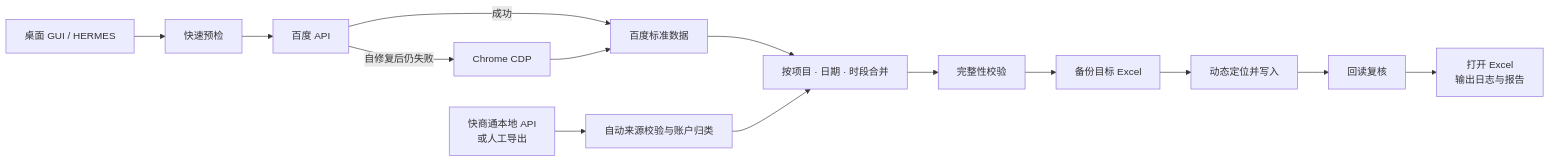
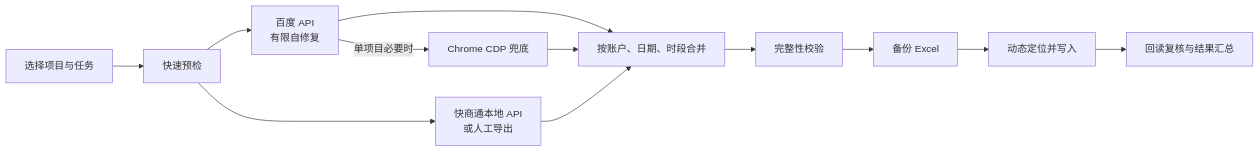
Before and after one commit to kaiteJiang/Hourlyreport-Automation: the diagram in README.md, drawn with Mermaid. The commit also changed other lines of this file, not shown here.

````diff
--- a/README.md
+++ b/README.md
@@ -91,16 +70,14 @@
 ```mermaid
 flowchart LR
-    UI["桌面 GUI / HERMES"] --> PF["快速预检"]
-    PF --> API["百度 API"]
-    API -->|"成功"| BD["百度标准数据"]
-    API -->|"自修复后仍失败"| CH["Chrome CDP"]
-    CH --> BD
-    KST["快商通本地 API<br/>或人工导出"] --> KP["自动来源校验与账户归类"]
-    BD --> M["按项目 · 日期 · 时段合并"]
-    KP --> M
+    UI["选择项目与任务"] --> PF["快速预检"]
+    PF --> BD["百度 API<br/>有限自修复"]
+    BD -->|"单项目必要时"| CH["Chrome CDP 兜底"]
+    PF --> KST["快商通本地 API<br/>或人工导出"]
+    BD --> M["按账户、日期、时段合并"]
+    CH --> M
+    KST --> M
     M --> V["完整性校验"]
-    V --> BK["备份目标 Excel"]
+    V --> BK["备份 Excel"]
     BK --> W["动态定位并写入"]
-    W --> RV["回读复核"]
-    RV --> OUT["打开 Excel<br/>输出日志与报告"]
+    W --> RV["回读复核与结果汇总"]
 ```
````
